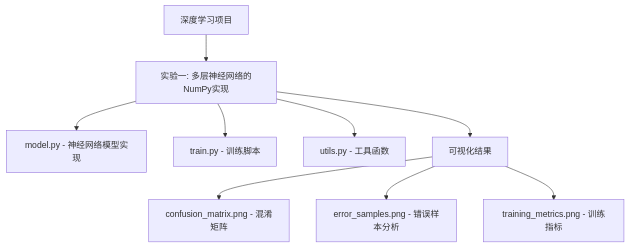
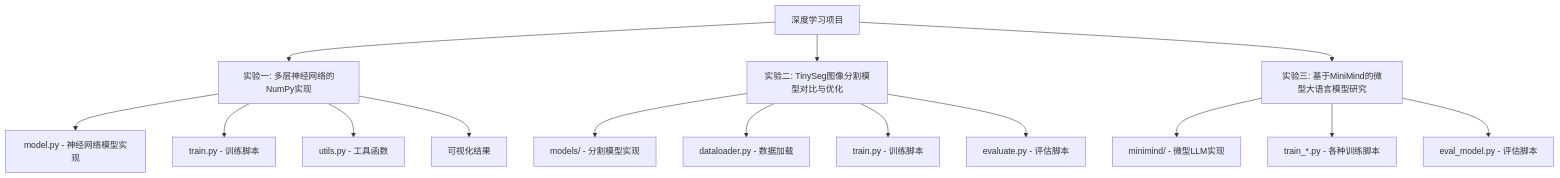
The first of 2 diagrams in README.md (Alleyf/DeepLearning), drawn with Mermaid before and after one commit. The commit also changed other lines of this file, not shown here.

````diff
--- a/README.md
+++ b/README.md
@@ -7,11 +22,20 @@
 ```mermaid
 graph TD
     A[深度学习项目] --> B[实验一: 多层神经网络的NumPy实现]
-    B --> C[model.py - 神经网络模型实现]
-    B --> D[train.py - 训练脚本]
-    B --> E[utils.py - 工具函数]
-    B --> F[可视化结果]
-    F --> G[confusion_matrix.png - 混淆矩阵]
-    F --> H[error_samples.png - 错误样本分析]
-    F --> I[training_metrics.png - 训练指标]
+    A --> C[实验二: TinySeg图像分割模型对比与优化]
+    A --> D[实验三: 基于MiniMind的微型大语言模型研究]
+    
+    B --> E[model.py - 神经网络模型实现]
+    B --> F[train.py - 训练脚本]
+    B --> G[utils.py - 工具函数]
+    B --> H[可视化结果]
+    
+    C --> I[models/ - 分割模型实现]
+    C --> J[dataloader.py - 数据加载]
+    C --> K[train.py - 训练脚本]
+    C --> L[evaluate.py - 评估脚本]
+    
+    D --> M[minimind/ - 微型LLM实现]
+    D --> N[train_*.py - 各种训练脚本]
+    D --> O[eval_model.py - 评估脚本]
 ```
````
